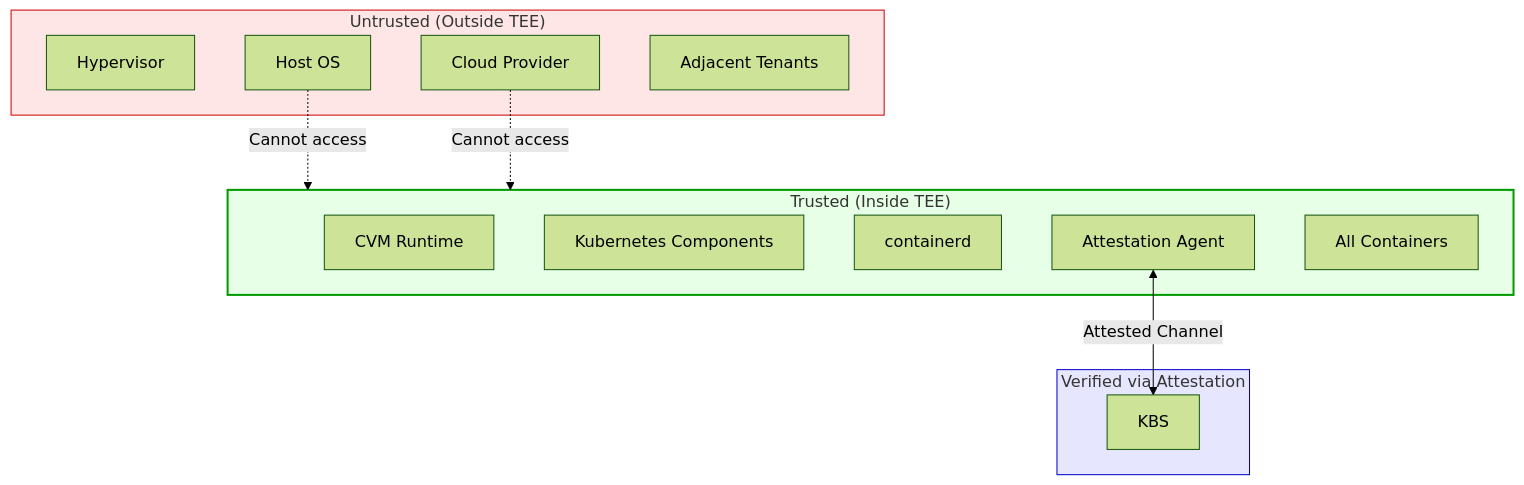
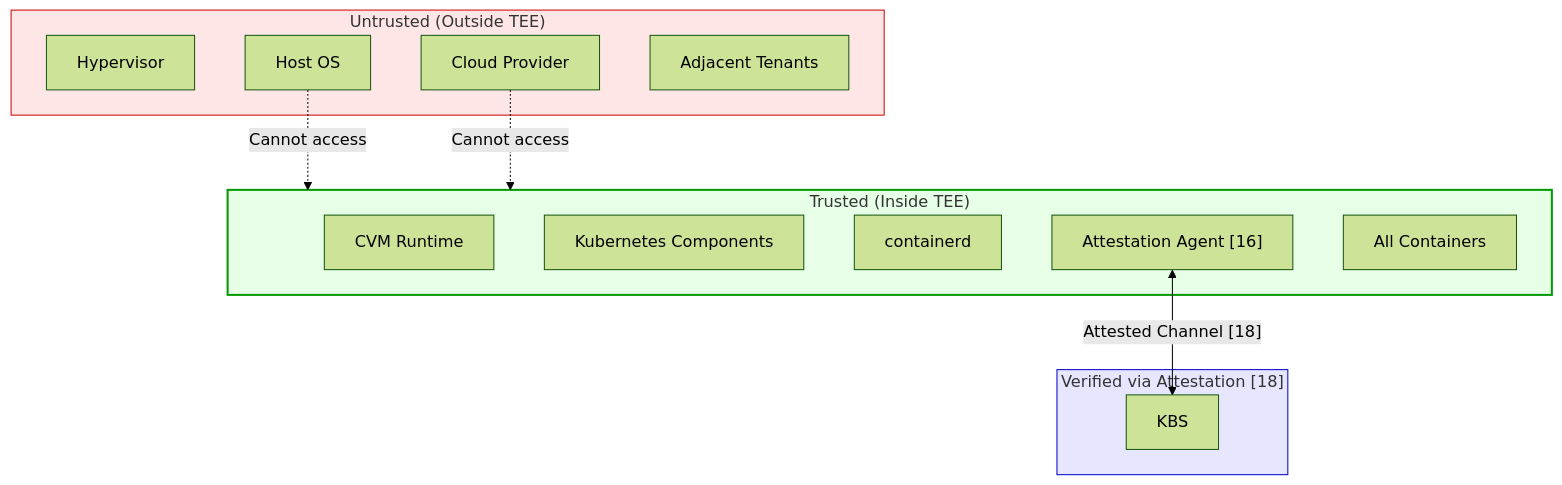
Before and after one commit to scontain/encrypted_container_images: diagram 14 of 14 in PROPOSAL.md, drawn with Mermaid (forest theme). The commit also changed other lines of this file, not shown here.

````diff
--- a/PROPOSAL.md
+++ b/PROPOSAL.md
@@ -663,30 +749,30 @@
 ```mermaid
 flowchart TB
     subgraph Trusted["Trusted (Inside TEE)"]
         CVM["CVM Runtime"]
         K8S["Kubernetes Components"]
         CD["containerd"]
-        AA["Attestation Agent"]
+        AA["Attestation Agent [16]"]
         CONT["All Containers"]
     end
     
     subgraph Untrusted["Untrusted (Outside TEE)"]
         HV["Hypervisor"]
         HOST["Host OS"]
         CLOUD["Cloud Provider"]
         ADJ["Adjacent Tenants"]
     end
     
-    subgraph Verified["Verified via Attestation"]
+    subgraph Verified["Verified via Attestation [18]"]
         KBS["KBS"]
     end
     
-    AA <-->|"Attested Channel"| KBS
+    AA <-->|"Attested Channel [18]"| KBS
     
     HOST -.->|"Cannot access"| Trusted
     CLOUD -.->|"Cannot access"| Trusted
     
     style Trusted fill:#E6FFE6,stroke:#009900,stroke-width:2px
     style Untrusted fill:#FFE6E6,stroke:#CC0000
     style Verified fill:#E6E6FF,stroke:#0000CC
 ```
````
